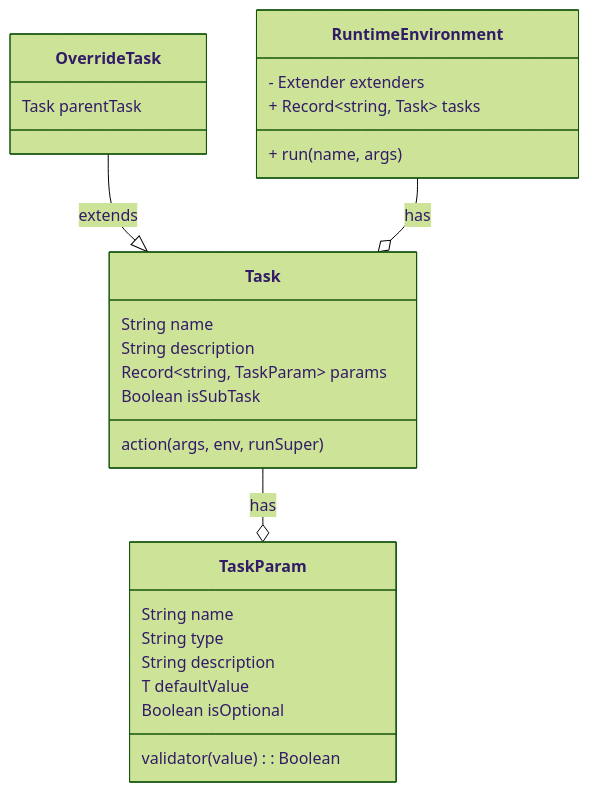
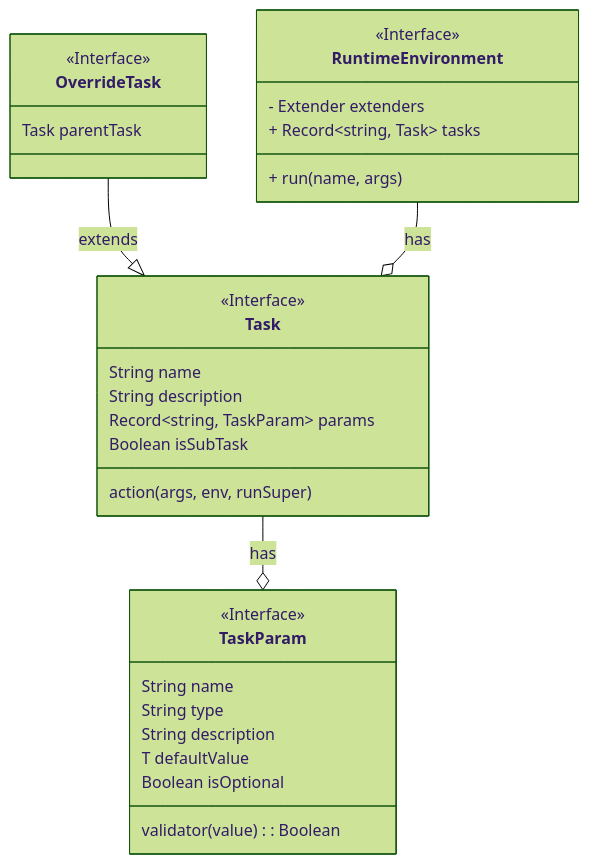
The third of 4 diagrams in task-system-design.md (ckb-js/kuai), drawn with Mermaid (forest theme) before and after one commit. The commit also changed other lines of this file, not shown here.

````diff
--- a/task-system-design.md
+++ b/task-system-design.md
@@ -83,36 +83,40 @@
 ```mermaid
 classDiagram
   class TaskParam {
+    <<Interface>>
     String name
     String type
     String description
     T defaultValue
     Boolean isOptional
 
     validator(value): Boolean
   }
 
   class Task {
+    <<Interface>>
     String name
     String description
     Record~string, TaskParam~ params
     Boolean isSubTask
 
     action(args, env, runSuper)
   }
 
   class OverrideTask {
+    <<Interface>>
     Task parentTask
   }
 
   class RuntimeEnvironment {
+    <<Interface>>
     - Extender extenders
     + Record~string, Task~ tasks
 
     + run(name, args)
   }
 
   Task --o TaskParam: has
   OverrideTask --|> Task : extends
   RuntimeEnvironment --o Task : has
 ```
````
